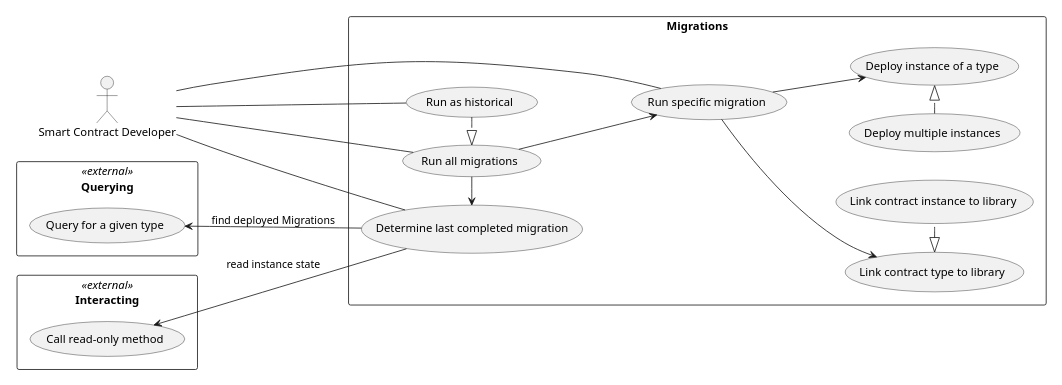
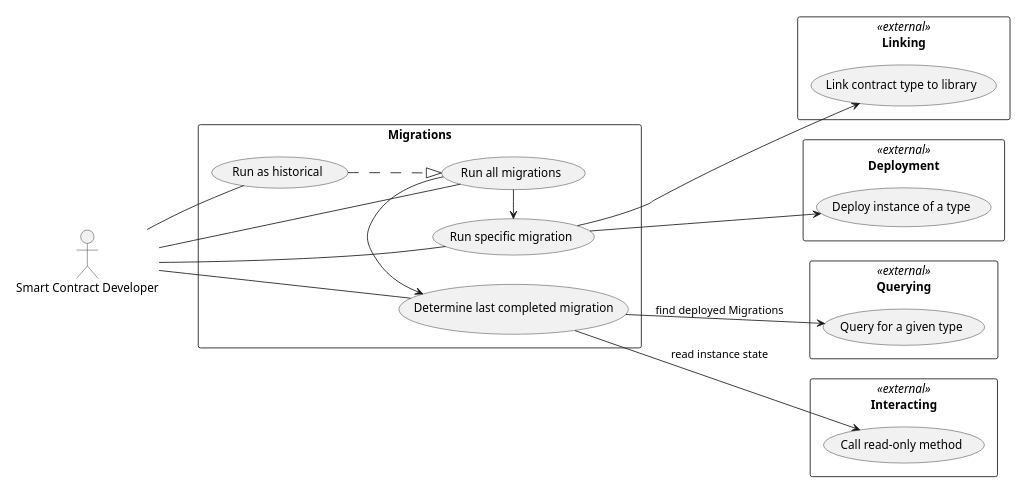
The eighth of 9 diagrams in docs/use-cases.rst (trufflesuite/artifact-updates), drawn with PlantUML before and after one commit. The commit also changed other lines of this file and 1 other file, not shown here.

Commit message:
Introduce use cases, expand linking/deployment

```diff
--- a/docs/use-cases.rst
+++ b/docs/use-cases.rst
@@ -390,48 +497,47 @@
 .. uml::
 
-  scale 0.53
+  scale 0.55
   left to right direction
 
   :Smart Contract Developer: as :Developer:
 
   rectangle Querying << external >> {
     (Query for a given type) as (QueryType)
   }
 
   rectangle Interacting << external >> {
     (Call read-only method) as (Call)
   }
 
+  rectangle Linking << external >> {
+    (Link contract type to library) as (LinkType)
+  }
+
+  rectangle Deployment << external >> {
+    (Deploy instance of a type) as (DeployInstance)
+  }
+
   rectangle Migrations {
     (Run all migrations) as (RunMigrations)
     (Run specific migration) as (RunSpecific)
     (Run as historical) as (RunHistorical)
     (Determine last completed migration) as (DetermineLastCompleted)
-    (Link contract type to library) as (LinkType)
-    (Link contract instance to library) as (LinkInstance)
-    (Deploy instance of a type) as (DeployInstance)
-    (Deploy multiple instances) as (MultipleInstances)
 
 
-    RunMigrations --> RunSpecific
-    RunHistorical .|> RunMigrations
+    RunHistorical ..|> RunMigrations
+
+    RunMigrations -right-> RunSpecific
+    RunMigrations -left-> DetermineLastCompleted
+
+    DetermineLastCompleted -down-> QueryType : find deployed Migrations
+    DetermineLastCompleted -down-> Call : read instance state
+    RunSpecific -down-> DeployInstance
+    RunSpecific -down-> LinkType
 
 
-    DetermineLastCompleted -up-> QueryType : find deployed Migrations
-    DetermineLastCompleted -up-> Call : read instance state
-
-    RunMigrations -> DetermineLastCompleted
-
-    LinkInstance .left.|> LinkType
-
-
-    MultipleInstances .|> DeployInstance
-
-    RunSpecific --> DeployInstance
-    RunSpecific --> LinkType
   }
 
   Developer -- RunMigrations
   Developer -- RunSpecific
   Developer -- RunHistorical
   Developer -- DetermineLastCompleted
```
